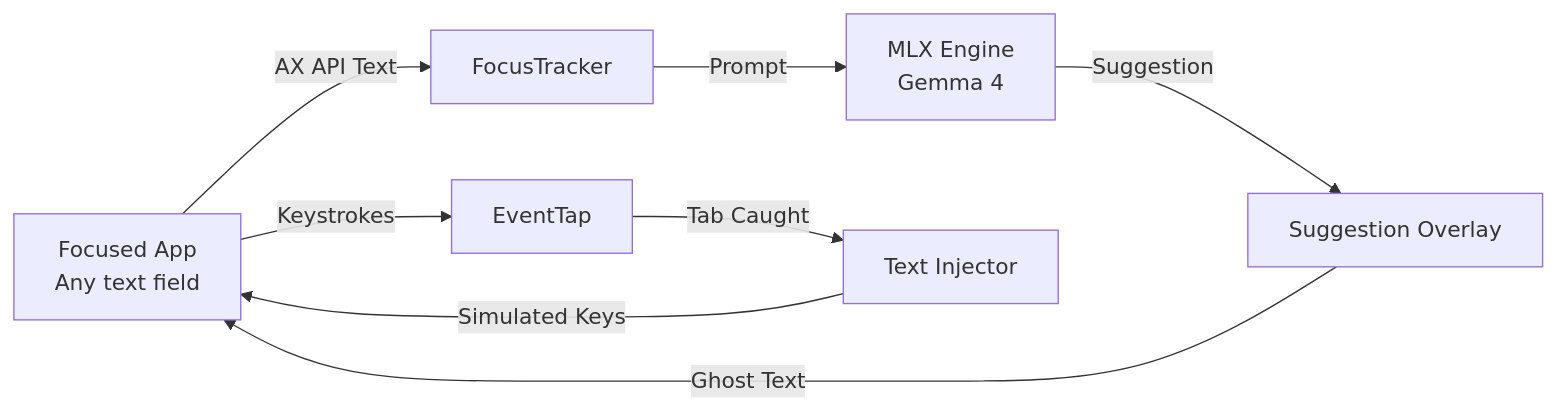
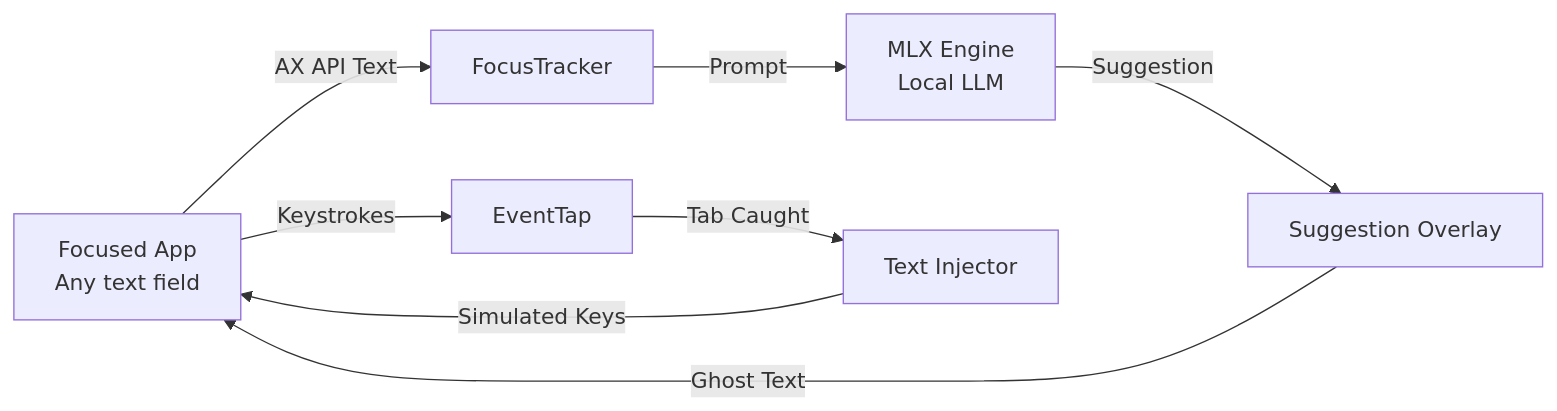
One commit to nikiomori/Pretype changed the diagram in README.md. Above: the diagram before and after it, drawn with Mermaid. The commit also changed other lines of this file and 32 other files, not shown here.

````diff
--- a/README.md
+++ b/README.md
@@ -161,10 +161,10 @@
 ```mermaid
 flowchart LR
-    App[Focused App\nAny text field] -->|AX API Text| FocusTracker
-    FocusTracker -->|Prompt| MLX[MLX Engine\nGemma 4]
+    App["Focused App<br/>Any text field"] -->|AX API Text| FocusTracker
+    FocusTracker -->|Prompt| MLX["MLX Engine<br/>Local LLM"]
     MLX -->|Suggestion| Window[Suggestion Overlay]
     Window -->|Ghost Text| App
     App -->|Keystrokes| EventTap
     EventTap -->|Tab Caught| Injector[Text Injector]
     Injector -->|Simulated Keys| App
 ```
````
